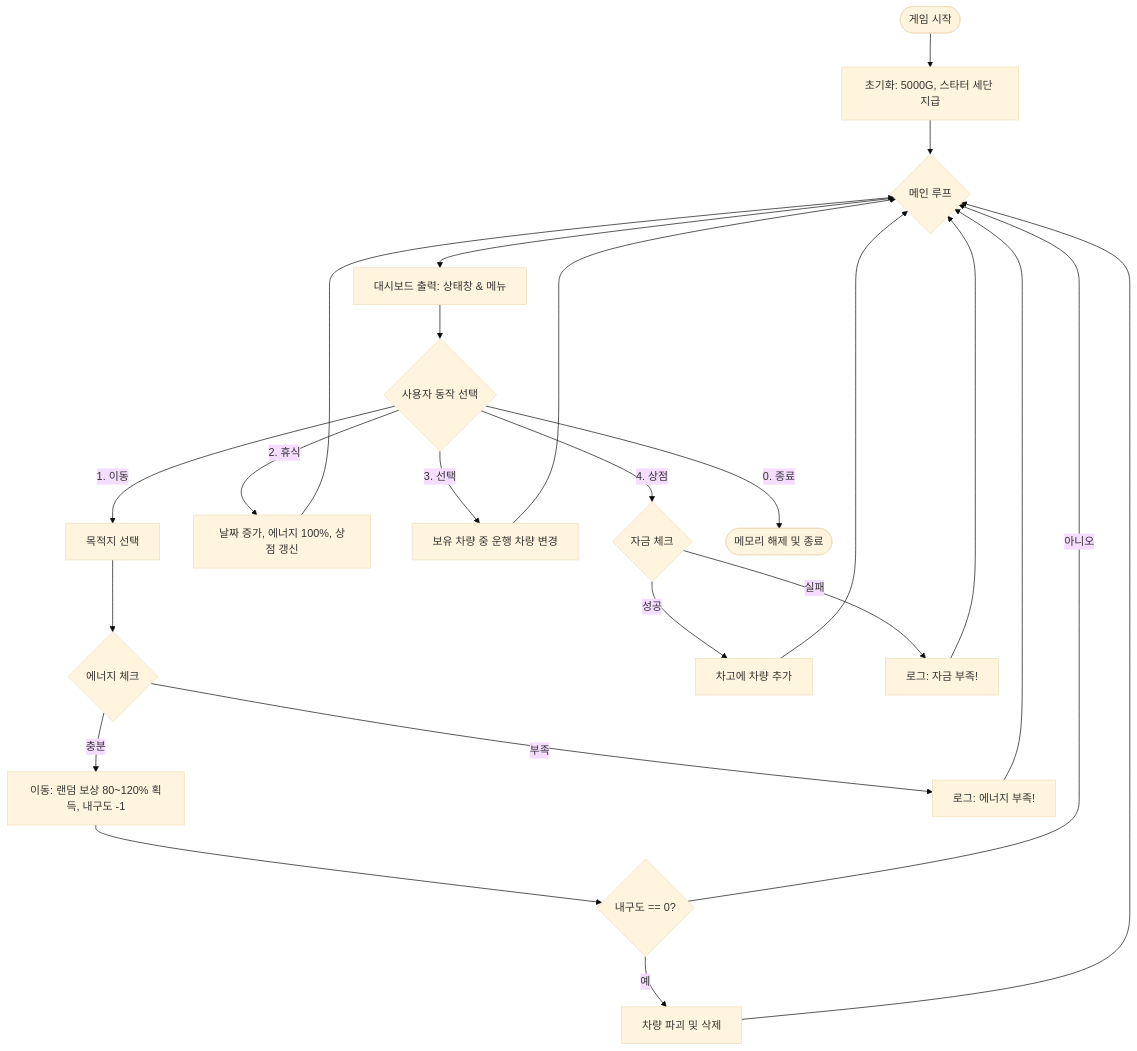
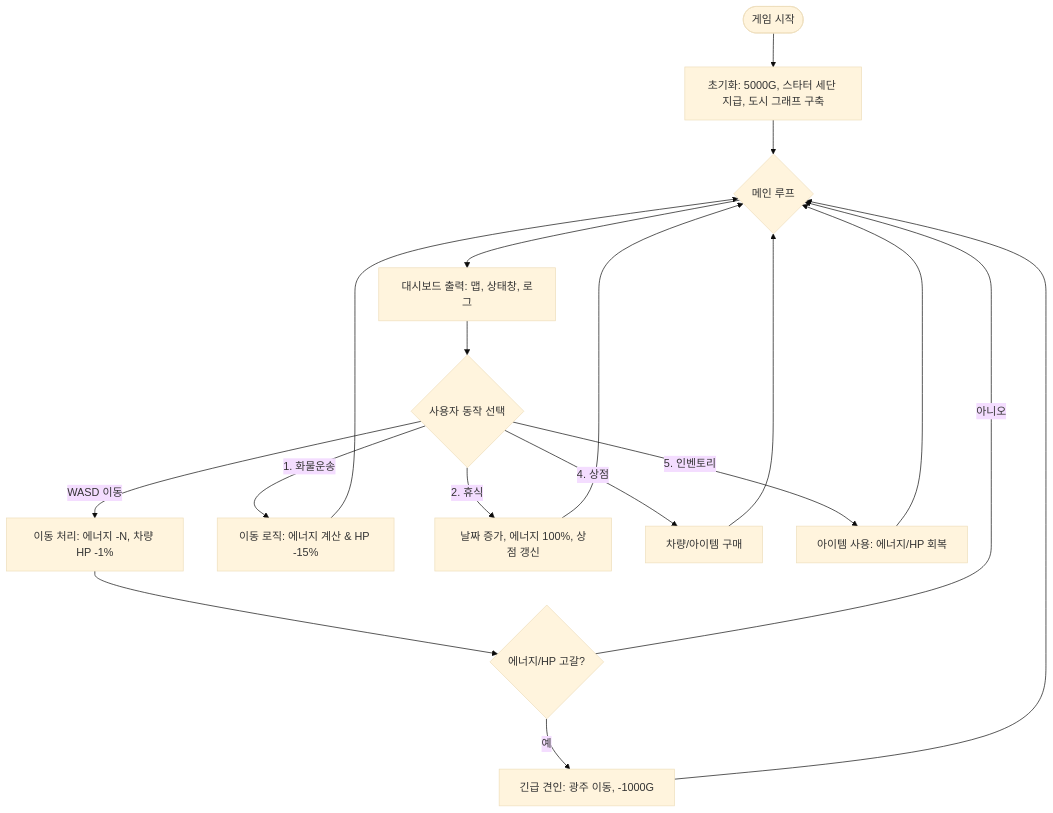
The second of 2 diagrams in DOCS/01_Overview.md (iamfreakin/PolyDrive), drawn with Mermaid (base theme) before and after one commit. The commit also changed other lines of this file and 3 other files, not shown here.

````diff
--- a/DOCS/01_Overview.md
+++ b/DOCS/01_Overview.md
@@ -76,24 +86,18 @@
 ```mermaid
 graph TD
-    Start([게임 시작]) --> Init[초기화: 5000G, 스타터 세단 지급]
+    Start([게임 시작]) --> Init[초기화: 5000G, 스타터 세단 지급, 도시 그래프 구축]
     Init --> Loop{메인 루프}
     
-    Loop --> UI[대시보드 출력: 상태창 & 메뉴]
+    Loop --> UI[대시보드 출력: 맵, 상태창, 로그]
     UI --> Input{사용자 동작 선택}
     
-    Input -- 1. 이동 --> Route[목적지 선택]
-    Route --> Energy{에너지 체크}
-    Energy -- 충분 --> Drive[이동: 랜덤 보상 80~120% 획득, 내구도 -1]
-    Energy -- 부족 --> Log[로그: 에너지 부족!] --> Loop
-    Drive --> Destroyed{내구도 == 0?}
-    Destroyed -- 예 --> Scrap[차량 파괴 및 삭제] --> Loop
-    Destroyed -- 아니오 --> Loop
+    Input -- WASD 이동 --> Move[이동 처리: 에너지 -N, 차량 HP -1%]
+    Move --> Hazard{에너지/HP 고갈?}
+    Hazard -- 예 --> Tow[긴급 견인: 광주 이동, -1000G] --> Loop
+    Hazard -- 아니오 --> Loop
 
+    Input -- 1. 화물운송 --> Travel[이동 로직: 에너지 계산 & HP -15%] --> Loop
     Input -- 2. 휴식 --> Refill[날짜 증가, 에너지 100%, 상점 갱신] --> Loop
-    Input -- 3. 선택 --> Garage[보유 차량 중 운행 차량 변경] --> Loop
-    Input -- 4. 상점 --> Buy{자금 체크}
-    Buy -- 성공 --> AddGarage[차고에 차량 추가] --> Loop
-    Buy -- 실패 --> Log2[로그: 자금 부족!] --> Loop
-
-    Input -- 0. 종료 --> End([메모리 해제 및 종료])
+    Input -- 4. 상점 --> Shop[차량/아이템 구매] --> Loop
+    Input -- 5. 인벤토리 --> Use[아이템 사용: 에너지/HP 회복] --> Loop
 ```
````
